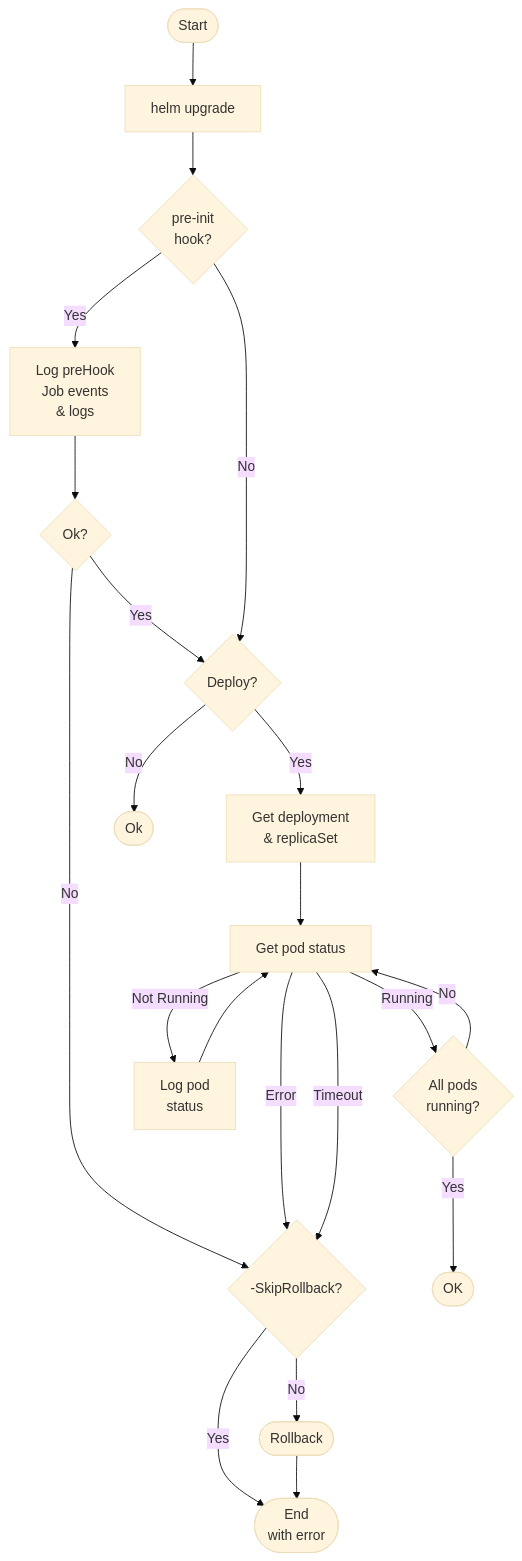
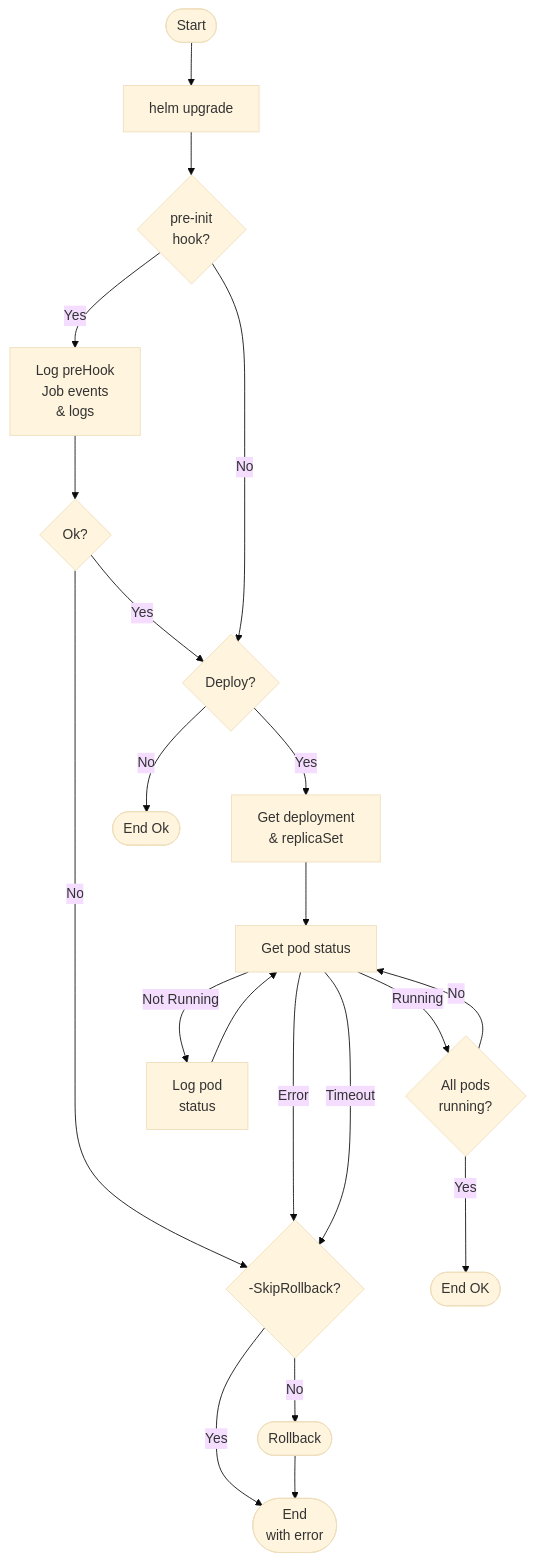
One commit to MrSeekatar/K8sUtils changed the diagram in README.md. Above: the diagram before and after it, drawn with Mermaid (base theme). The commit also changed other lines of this file and 9 other files, not shown here.

````diff
--- a/README.md
+++ b/README.md
@@ -38,27 +38,27 @@
 ```mermaid
 flowchart TD
     start([Start]) --> upgrade
 
     upgrade[helm upgrade] --> preHook{pre-init\nhook?}
     preHook -- Yes --> checkJob[Log preHook\nJob events\n& logs]
     checkJob --> jobOk{Ok?}
 
     jobOk -- No --> failed
     jobOk -- Yes --> hasDeploy{Deploy?}
     preHook -- No --> hasDeploy{Deploy?}
     hasDeploy -- Yes --> deploy
-    hasDeploy -- No --> exit2([Ok])
+    hasDeploy -- No --> exit2([End Ok])
     deploy[Get deployment\n& replicaSet] --> pod
 
     running -- No --> pod
     pod[Get pod status] -- Running --> running{All pods\nrunning?}
     pod -- Not Running --> checkPod[Log pod\nstatus]
     checkPod --> pod
 
     pod -- Error ---> failed
-    running -- Yes --> ok([OK])
+    running -- Yes --> ok([End OK])
     pod -- Timeout ---> failed{-SkipRollback?}
     failed -- No --> rollback([Rollback])
     failed -- Yes --> exit([End\nwith error])
     rollback --> exit
 ```
````
